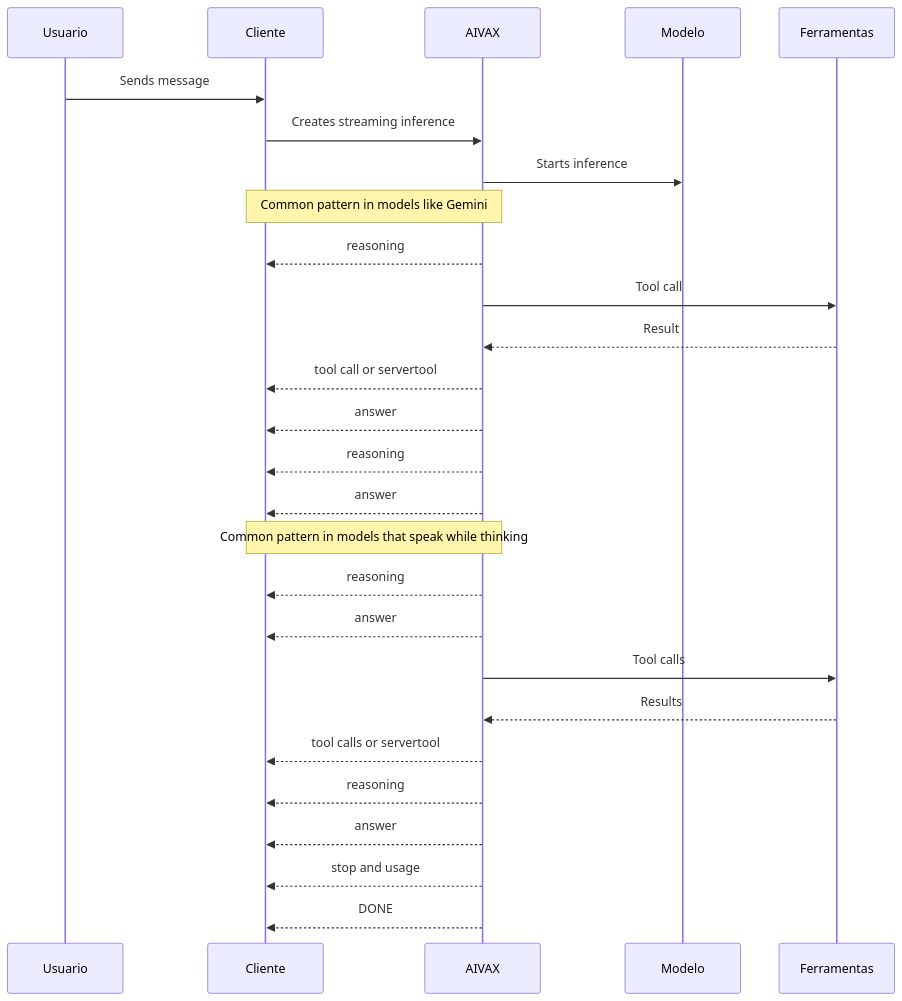
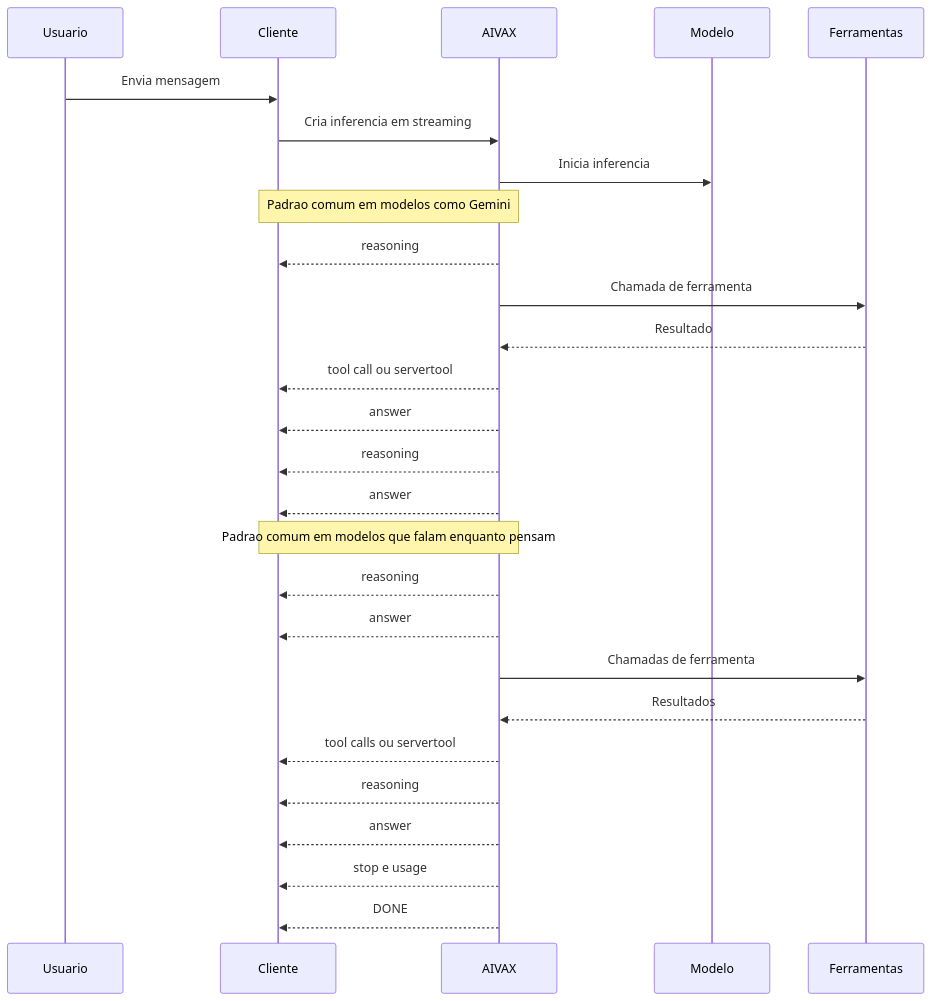
The diagram in docs/en/inference/chat-handling.md (CypherPotato/open-indexer-docs), drawn with Mermaid before and after one commit. The commit also changed other lines of this file and 21 other files, not shown here.

Commit message:
Add inference documentation for AIVAX, covering multimodality, structured responses, and tool invocation

````diff
--- a/docs/en/inference/chat-handling.md
+++ b/docs/en/inference/chat-handling.md
@@ -11,33 +11,33 @@
 ```mermaid
 sequenceDiagram
     participant Usuario
     participant Cliente
     participant AIVAX
     participant Modelo
     participant Ferramentas
 
-    Usuario->>Cliente: Sends message
-    Cliente->>AIVAX: Creates streaming inference
-    AIVAX->>Modelo: Starts inference
+    Usuario->>Cliente: Envia mensagem
+    Cliente->>AIVAX: Cria inferencia em streaming
+    AIVAX->>Modelo: Inicia inferencia
 
-    Note over AIVAX,Cliente: Common pattern in models like Gemini
+    Note over AIVAX,Cliente: Padrao comum em modelos como Gemini
     AIVAX-->>Cliente: reasoning
-    AIVAX->>Ferramentas: Tool call
-    Ferramentas-->>AIVAX: Result
-    AIVAX-->>Cliente: tool call or servertool
+    AIVAX->>Ferramentas: Chamada de ferramenta
+    Ferramentas-->>AIVAX: Resultado
+    AIVAX-->>Cliente: tool call ou servertool
     AIVAX-->>Cliente: answer
     AIVAX-->>Cliente: reasoning
     AIVAX-->>Cliente: answer
 
-    Note over AIVAX,Cliente: Common pattern in models that speak while thinking
+    Note over AIVAX,Cliente: Padrao comum em modelos que falam enquanto pensam
     AIVAX-->>Cliente: reasoning
     AIVAX-->>Cliente: answer
-    AIVAX->>Ferramentas: Tool calls
-    Ferramentas-->>AIVAX: Results
-    AIVAX-->>Cliente: tool calls or servertool
+    AIVAX->>Ferramentas: Chamadas de ferramenta
+    Ferramentas-->>AIVAX: Resultados
+    AIVAX-->>Cliente: tool calls ou servertool
     AIVAX-->>Cliente: reasoning
     AIVAX-->>Cliente: answer
 
-    AIVAX-->>Cliente: stop and usage
+    AIVAX-->>Cliente: stop e usage
     AIVAX-->>Cliente: DONE
 ```
````
